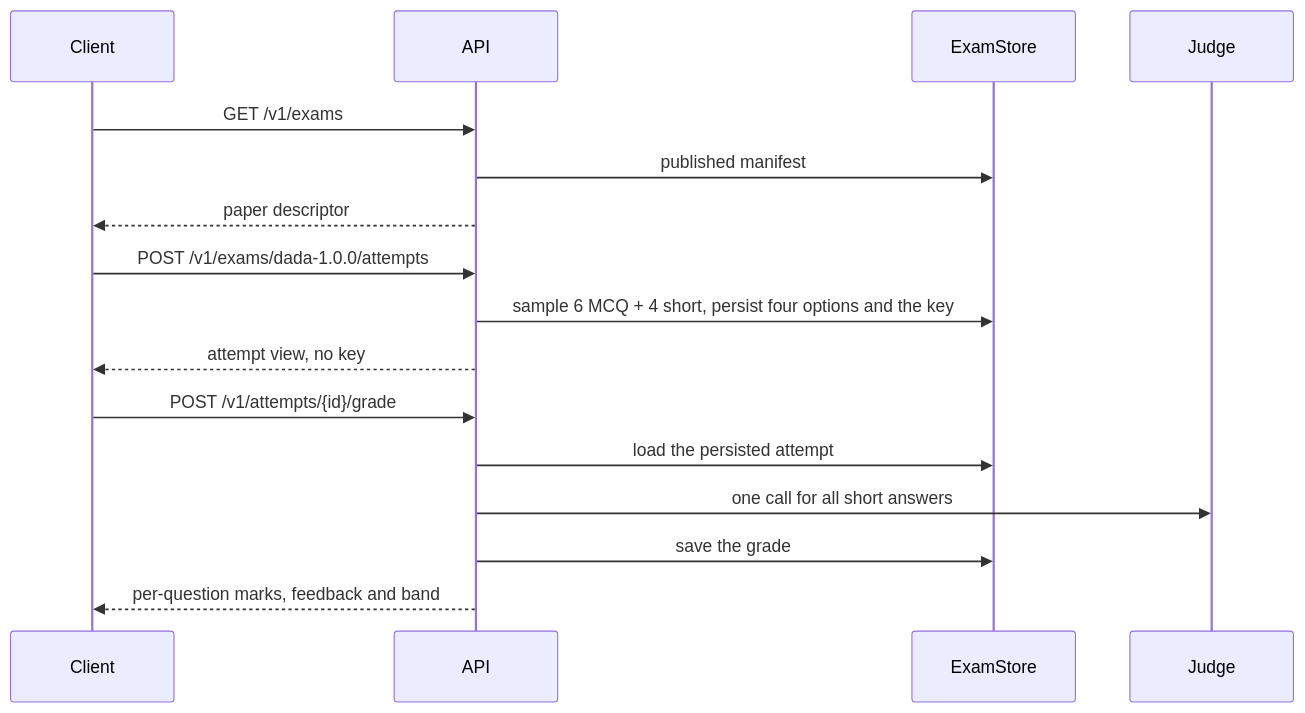
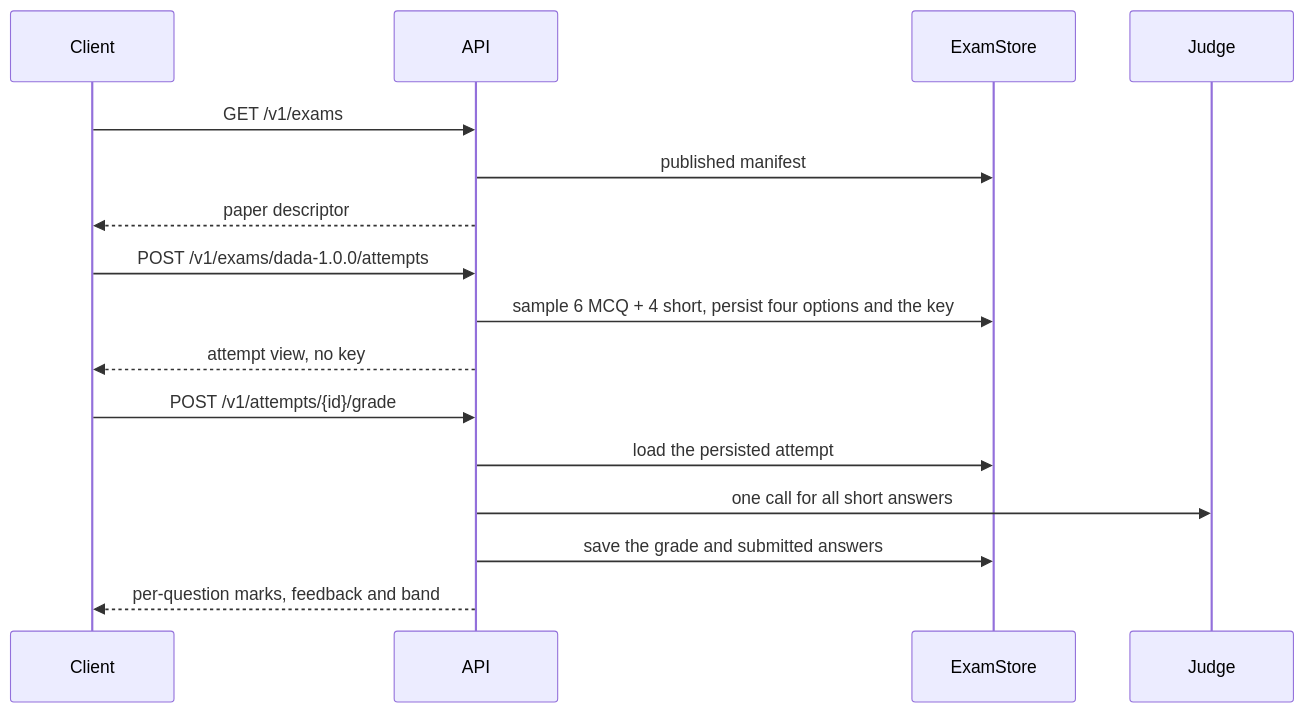
One commit to monitus2022/owl-online changed the seventh of 7 diagrams in docs/architecture.md. Above: the diagram before and after it, drawn with Mermaid. The commit also changed other lines of this file and 13 other files, not shown here.

````diff
--- a/docs/architecture.md
+++ b/docs/architecture.md
@@ -605,18 +613,18 @@
 ```mermaid
 sequenceDiagram
   participant C as Client
   participant A as API
   participant S as ExamStore
   participant J as Judge
   C->>A: GET /v1/exams
   A->>S: published manifest
   A-->>C: paper descriptor
   C->>A: POST /v1/exams/dada-1.0.0/attempts
   A->>S: sample 6 MCQ + 4 short, persist four options and the key
   A-->>C: attempt view, no key
   C->>A: POST /v1/attempts/{id}/grade
   A->>S: load the persisted attempt
   A->>J: one call for all short answers
-  A->>S: save the grade
+  A->>S: save the grade and submitted answers
   A-->>C: per-question marks, feedback and band
 ```
````
